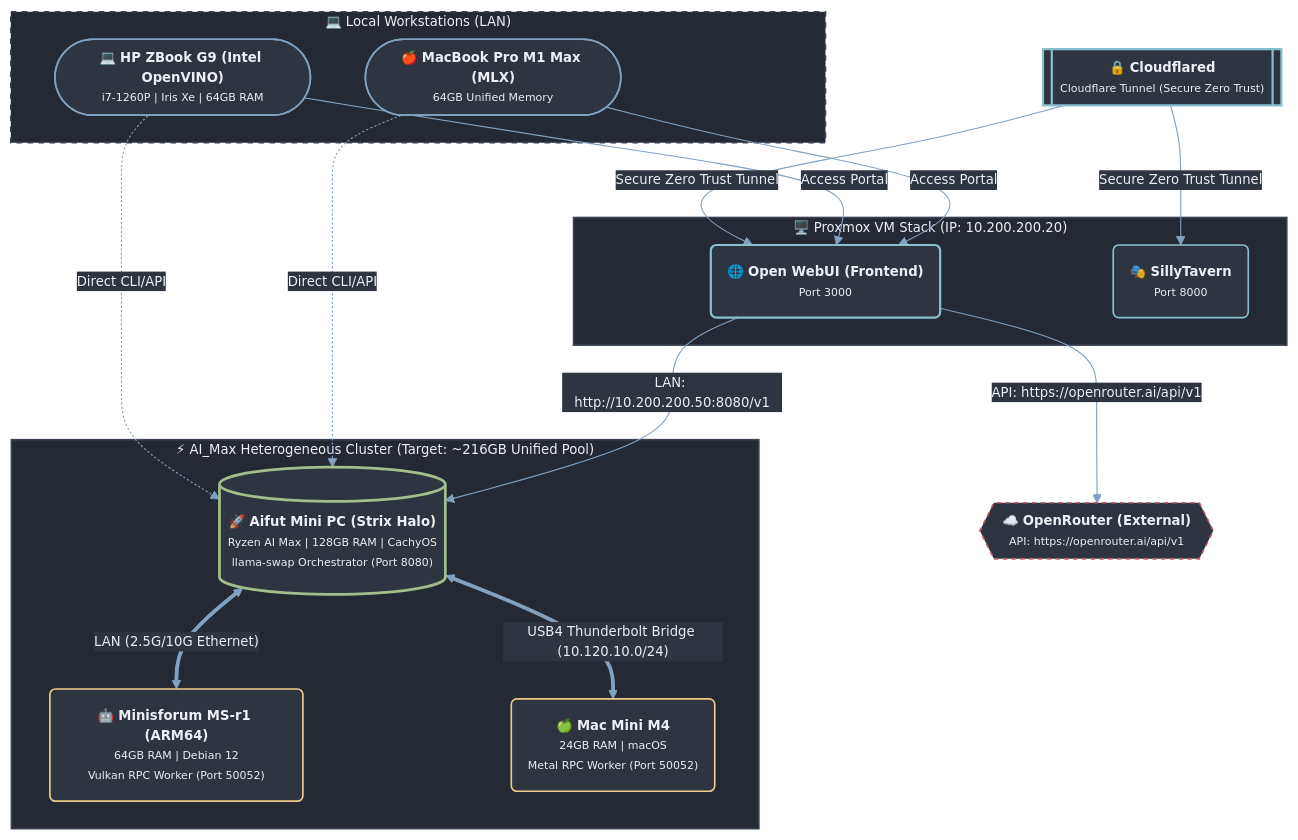
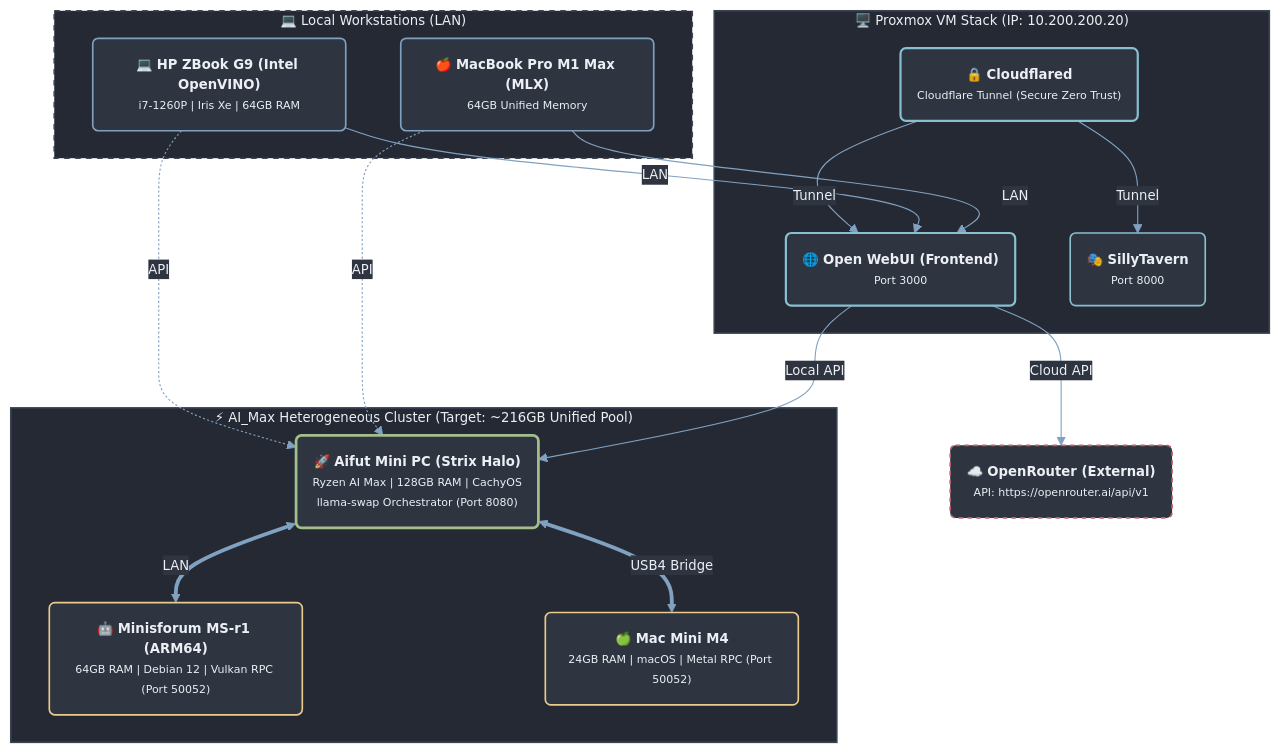
One commit to CaseyTaylorLearningJourney/Codelab changed the diagram in README.md. Above: the diagram before and after it, drawn with Mermaid. The commit also changed other lines of this file and 1 other file, not shown here.

Commit message:
docs: improve topology diagram layout and add AI Max UMA memory unlock guide

````diff
--- a/README.md
+++ b/README.md
@@ -31,65 +31,65 @@
 ```mermaid
 %%{init: {
   'theme': 'base',
   'themeVariables': {
     'primaryColor': '#2e3440',
     'primaryTextColor': '#eceff4',
     'primaryBorderColor': '#4c566a',
     'lineColor': '#81a1c1',
     'secondaryColor': '#3b4252',
     'tertiaryColor': '#242933',
     'edgeLabelBackground': '#2e3440',
-    'fontSize': '12px'
+    'fontSize': '12px',
+    'fontFamily': 'system-ui, -apple-system, sans-serif'
   }
 }}%%
 flowchart TD
-    %% Remote Access / External
-    Cloudflared[["🔒 <b>Cloudflared</b><br><small>Cloudflare Tunnel (Secure Zero Trust)</small>"]]
-    OpenRouter{{"☁️ <b>OpenRouter (External)</b><br><small>API: https://openrouter.ai/api/v1</small>"}}
-
     subgraph ClientSpace["💻 Local Workstations (LAN)"]
-        ZBook(["💻 <b>HP ZBook G9 (Intel OpenVINO)</b><br><small>i7-1260P | Iris Xe | 64GB RAM</small>"])
-        MacBook(["🍎 <b>MacBook Pro M1 Max (MLX)</b><br><small>64GB Unified Memory</small>"])
+        ZBook("💻 <b>HP ZBook G9 (Intel OpenVINO)</b><br><small>i7-1260P | Iris Xe | 64GB RAM</small>")
+        MacBook("🍎 <b>MacBook Pro M1 Max (MLX)</b><br><small>64GB Unified Memory</small>")
     end
 
     subgraph Proxmox["🖥️ Proxmox VM Stack (IP: 10.200.200.20)"]
+        Cloudflared("🔒 <b>Cloudflared</b><br><small>Cloudflare Tunnel (Secure Zero Trust)</small>")
         OpenWebUI("🌐 <b>Open WebUI (Frontend)</b><br><small>Port 3000</small>")
         SillyTavern("🎭 <b>SillyTavern</b><br><small>Port 8000</small>")
     end
 
     subgraph Cluster["⚡ AI_Max Heterogeneous Cluster (Target: ~216GB Unified Pool)"]
-        Aifut[("🚀 <b>Aifut Mini PC (Strix Halo)</b><br><small>Ryzen AI Max | 128GB RAM | CachyOS<br>llama-swap Orchestrator (Port 8080)</small>")]
-        Minisforum("🤖 <b>Minisforum MS-r1 (ARM64)</b><br><small>64GB RAM | Debian 12<br>Vulkan RPC Worker (Port 50052)</small>")
-        MacMini("🍏 <b>Mac Mini M4</b><br><small>24GB RAM | macOS<br>Metal RPC Worker (Port 50052)</small>")
+        Aifut("🚀 <b>Aifut Mini PC (Strix Halo)</b><br><small>Ryzen AI Max | 128GB RAM | CachyOS<br>llama-swap Orchestrator (Port 8080)</small>")
+        Minisforum("🤖 <b>Minisforum MS-r1 (ARM64)</b><br><small>64GB RAM | Debian 12 | Vulkan RPC (Port 50052)</small>")
+        MacMini("🍏 <b>Mac Mini M4</b><br><small>24GB RAM | macOS | Metal RPC (Port 50052)</small>")
     end
 
+    OpenRouter("☁️ <b>OpenRouter (External)</b><br><small>API: https://openrouter.ai/api/v1</small>")
+
     %% Connections & Flows
-    Cloudflared -->|"Secure Zero Trust Tunnel"| OpenWebUI
-    Cloudflared -->|"Secure Zero Trust Tunnel"| SillyTavern
+    Cloudflared -->|Tunnel| OpenWebUI
+    Cloudflared -->|Tunnel| SillyTavern
 
-    ZBook -->|"Access Portal"| OpenWebUI
-    MacBook -->|"Access Portal"| OpenWebUI
-    ZBook -.->|"Direct CLI/API"| Aifut
-    MacBook -.->|"Direct CLI/API"| Aifut
+    ZBook -->|LAN| OpenWebUI
+    MacBook -->|LAN| OpenWebUI
+    ZBook -.->|API| Aifut
+    MacBook -.->|API| Aifut
 
-    OpenWebUI -->|"LAN: http://10.200.200.50:8080/v1"| Aifut
-    OpenWebUI -->|"API: https://openrouter.ai/api/v1"| OpenRouter
+    OpenWebUI -->|Local API| Aifut
+    OpenWebUI -->|Cloud API| OpenRouter
 
-    Aifut <==>|"USB4 Thunderbolt Bridge (10.120.10.0/24)"| MacMini
-    Aifut <==>|"LAN (2.5G/10G Ethernet)"| Minisforum
+    Aifut <==>|USB4 Bridge| MacMini
+    Aifut <==>|LAN| Minisforum
 
     %% Color Styling Customization (Nord Theme Palette)
     style ClientSpace fill:#242933,stroke:#3b4252,stroke-width:1.5px,stroke-dasharray: 5 5,color:#eceff4
     style Proxmox fill:#242933,stroke:#3b4252,stroke-width:1.5px,color:#eceff4
     style Cluster fill:#242933,stroke:#3b4252,stroke-width:1.5px,color:#eceff4
 
     style Cloudflared fill:#2e3440,stroke:#88c0d0,stroke-width:2px,color:#eceff4
     style ZBook fill:#2e3440,stroke:#81a1c1,stroke-width:1.5px,color:#eceff4
     style MacBook fill:#2e3440,stroke:#81a1c1,stroke-width:1.5px,color:#eceff4
     style OpenWebUI fill:#2e3440,stroke:#88c0d0,stroke-width:2px,color:#eceff4
     style SillyTavern fill:#2e3440,stroke:#88c0d0,stroke-width:1.5px,color:#eceff4
     style Aifut fill:#2e3440,stroke:#a3be8c,stroke-width:2.5px,color:#eceff4
     style Minisforum fill:#2e3440,stroke:#ebcb8b,stroke-width:1.5px,color:#eceff4
     style MacMini fill:#2e3440,stroke:#ebcb8b,stroke-width:1.5px,color:#eceff4
     style OpenRouter fill:#2e3440,stroke:#bf616a,stroke-width:1.5px,stroke-dasharray: 4 4,color:#eceff4
 ```
````
